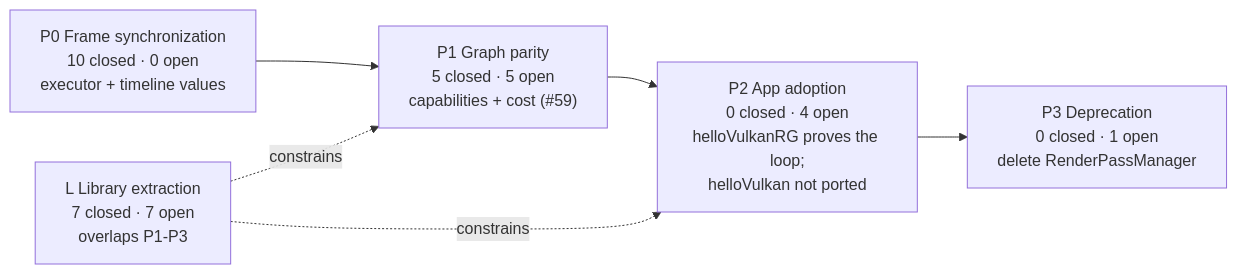
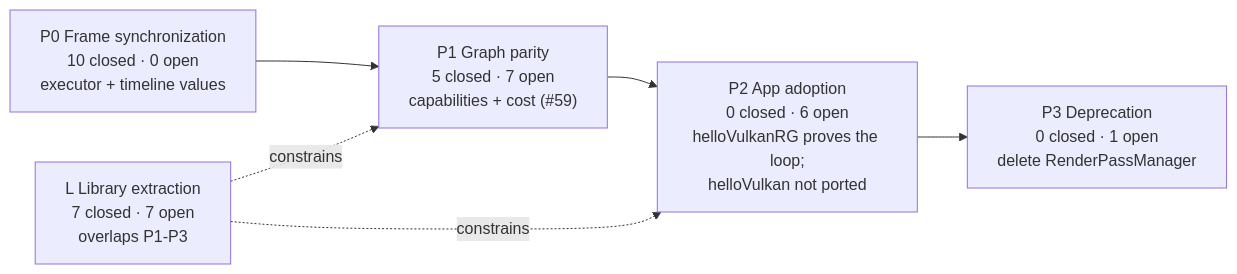
One commit to v3c70r/Muyo changed the first of 4 diagrams in docs/Roadmap-Visual.md. Above: the diagram before and after it, drawn with Mermaid. The commit also changed other lines of this file and 1 other file, not shown here.

````diff
--- a/docs/Roadmap-Visual.md
+++ b/docs/Roadmap-Visual.md
@@ -19,11 +20,11 @@
 ```mermaid
 flowchart LR
     P0["P0 Frame synchronization<br/>10 closed · 0 open<br/>executor + timeline values"]
-    P1["P1 Graph parity<br/>5 closed · 5 open<br/>capabilities + cost (#59)"]
-    P2["P2 App adoption<br/>0 closed · 4 open<br/>helloVulkanRG proves the loop;<br/>helloVulkan not ported"]
+    P1["P1 Graph parity<br/>5 closed · 7 open<br/>capabilities + cost (#59)"]
+    P2["P2 App adoption<br/>0 closed · 6 open<br/>helloVulkanRG proves the loop;<br/>helloVulkan not ported"]
     P3["P3 Deprecation<br/>0 closed · 1 open<br/>delete RenderPassManager"]
     L["L Library extraction<br/>7 closed · 7 open<br/>overlaps P1-P3"]
     P0 --> P1 --> P2 --> P3
     L -. constrains .-> P1
     L -. constrains .-> P2
 ```
````
